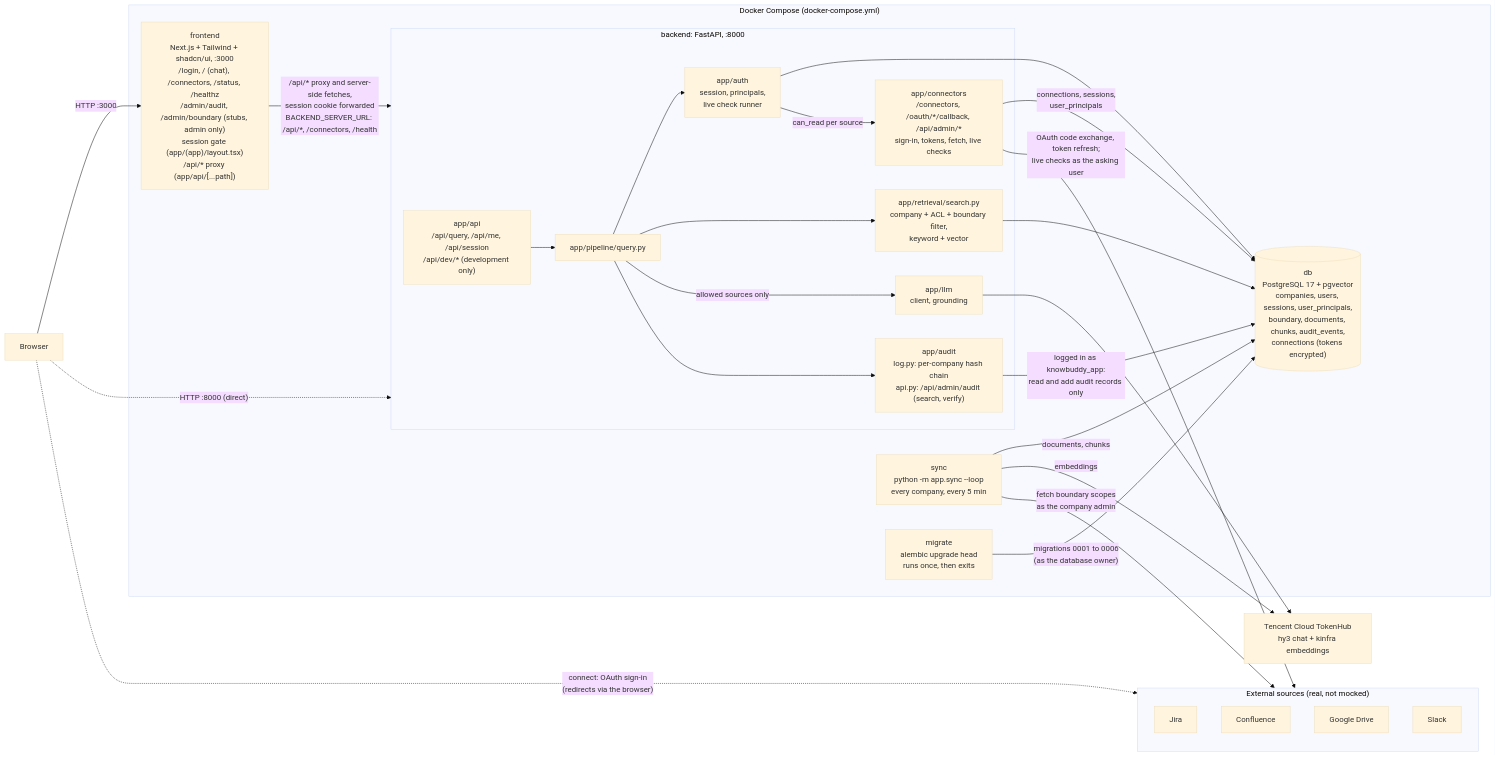
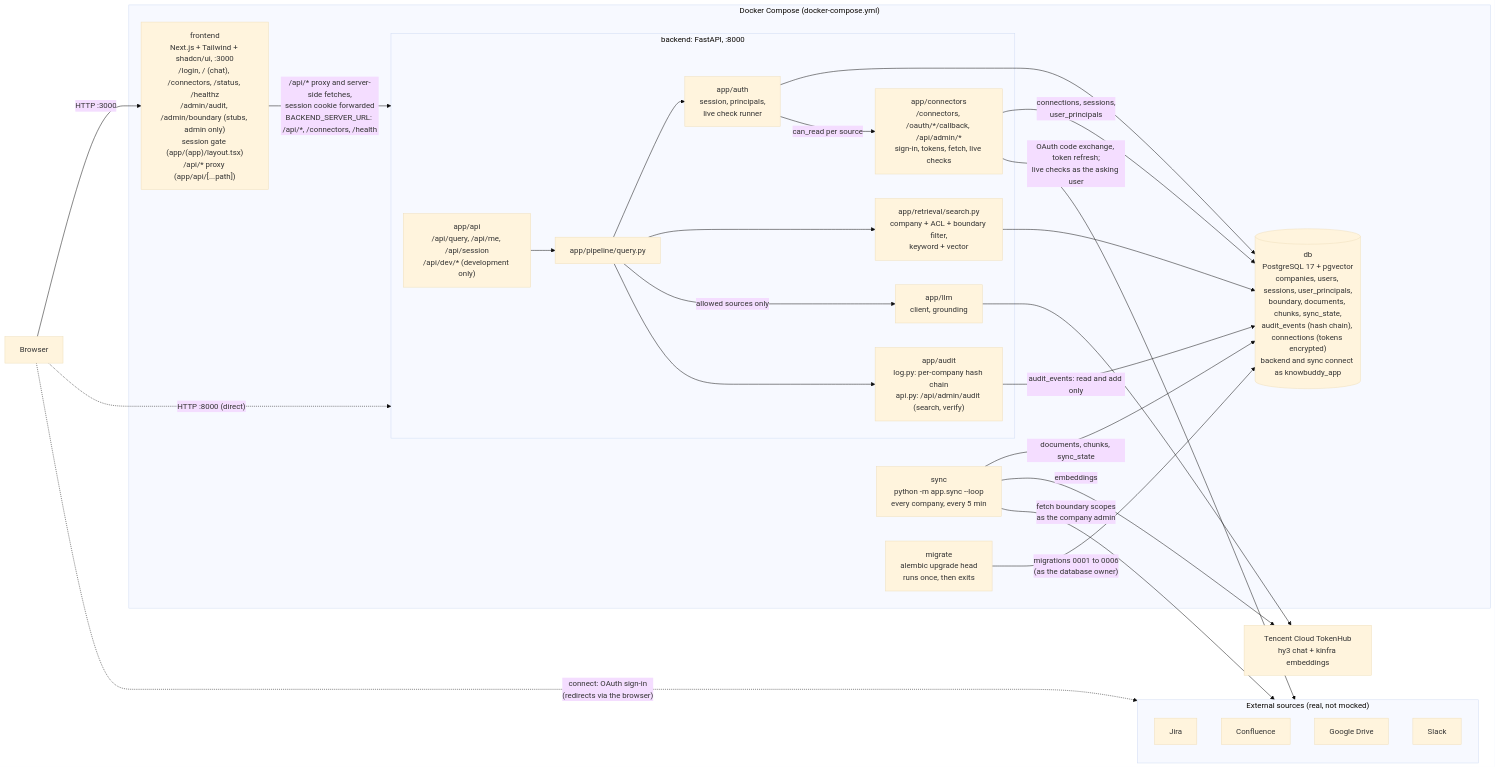
The diagram in docs/architecture/CURRENT.md (gabriel-wan/tencent-hackathon-fintech), drawn with Mermaid (base theme) before and after one commit. The commit also changed 4 other files, not shown here.

First line of the commit message:
docs: update the security model and architecture docs to what is built

````diff
--- a/docs/architecture/CURRENT.md
+++ b/docs/architecture/CURRENT.md
@@ -8,50 +8,50 @@
 ```mermaid
 flowchart LR
     USER["Browser"]
     TH["Tencent Cloud TokenHub<br/>hy3 chat + kinfra embeddings"]
 
     subgraph COMPOSE["Docker Compose (docker-compose.yml)"]
         FE["frontend<br/>Next.js + Tailwind + shadcn/ui, :3000<br/>/login, / (chat), /connectors, /status, /healthz<br/>/admin/audit, /admin/boundary (stubs, admin only)<br/>session gate (app/(app)/layout.tsx)<br/>/api/* proxy (app/api/[...path])"]
         subgraph BE["backend: FastAPI, :8000"]
             API["app/api<br/>/api/query, /api/me, /api/session<br/>/api/dev/* (development only)"]
             PIPE["app/pipeline/query.py"]
             AUTH["app/auth<br/>session, principals,<br/>live check runner"]
             SEARCH["app/retrieval/search.py<br/>company + ACL + boundary filter,<br/>keyword + vector"]
             LLMC["app/llm<br/>client, grounding"]
             AUD["app/audit<br/>log.py: per-company hash chain<br/>api.py: /api/admin/audit (search, verify)"]
             CONN["app/connectors<br/>/connectors, /oauth/*/callback, /api/admin/*<br/>sign-in, tokens, fetch, live checks"]
         end
         SYNC["sync<br/>python -m app.sync --loop<br/>every company, every 5 min"]
         MIG["migrate<br/>alembic upgrade head<br/>runs once, then exits"]
-        DB[("db<br/>PostgreSQL 17 + pgvector<br/>companies, users, sessions, user_principals,<br/>boundary, documents, chunks, audit_events,<br/>connections (tokens encrypted)")]
+        DB[("db<br/>PostgreSQL 17 + pgvector<br/>companies, users, sessions, user_principals,<br/>boundary, documents, chunks, sync_state,<br/>audit_events (hash chain), connections (tokens encrypted)<br/>backend and sync connect as knowbuddy_app")]
     end
 
     MIG -->|"migrations 0001 to 0006<br/>(as the database owner)"| DB
     USER -->|"HTTP :3000"| FE
     USER -.->|"HTTP :8000 (direct)"| BE
     FE -->|"/api/* proxy and server-side fetches,<br/>session cookie forwarded<br/>BACKEND_SERVER_URL: /api/*, /connectors, /health"| BE
     API --> PIPE
     PIPE --> AUTH
     PIPE --> SEARCH
     PIPE -->|"allowed sources only"| LLMC
     PIPE --> AUD
     SEARCH --> DB
     AUTH --> DB
-    AUD -->|"logged in as knowbuddy_app:<br/>read and add audit records only"| DB
+    AUD -->|"audit_events: read and add only"| DB
     LLMC --> TH
     CONN -->|"connections, sessions,<br/>user_principals"| DB
 
     subgraph SRC["External sources (real, not mocked)"]
         JI["Jira"]
         CF["Confluence"]
         GD["Google Drive"]
         SL["Slack"]
     end
 
     USER -.->|"connect: OAuth sign-in<br/>(redirects via the browser)"| SRC
     CONN -->|"OAuth code exchange, token refresh;<br/>live checks as the asking user"| SRC
     AUTH -->|"can_read per source"| CONN
     SYNC -->|"fetch boundary scopes<br/>as the company admin"| SRC
-    SYNC -->|"documents, chunks"| DB
+    SYNC -->|"documents, chunks, sync_state"| DB
     SYNC -->|"embeddings"| TH
 ```
````
